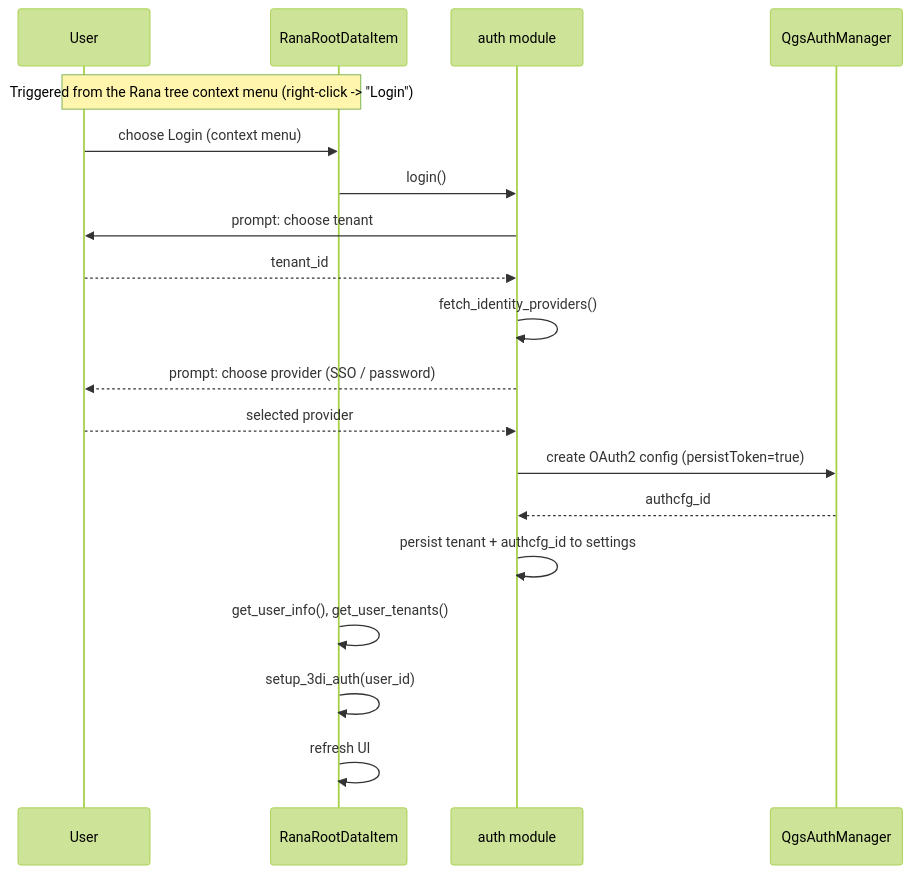
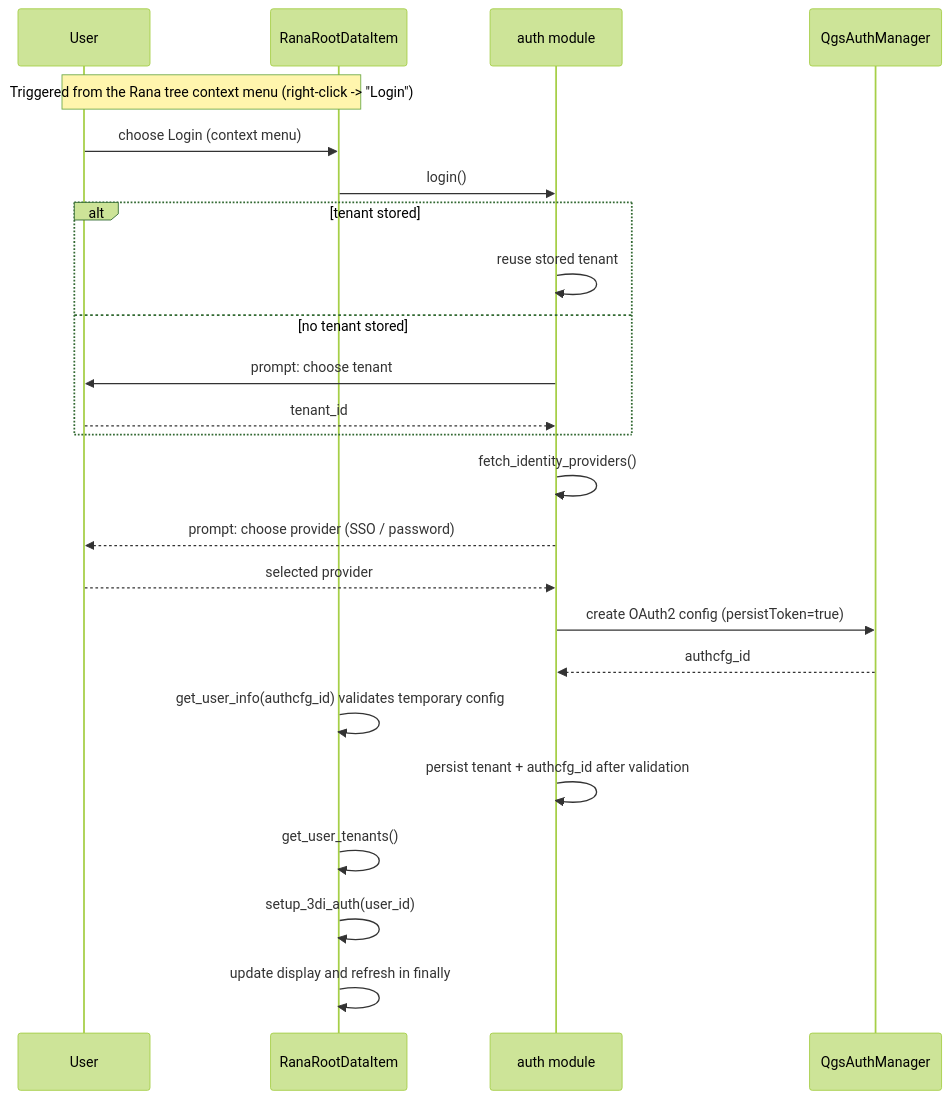
One commit to nens/rana-qgis-plugin changed the first of 3 diagrams in doc/auth_flow.md. Above: the diagram before and after it, drawn with Mermaid (forest theme). The commit also changed other lines of this file and 6 other files, not shown here.

````diff
--- a/doc/auth_flow.md
+++ b/doc/auth_flow.md
@@ -13,22 +16,27 @@
 ```mermaid
 sequenceDiagram
     participant User
     participant Browser as RanaRootDataItem
     participant Auth as auth module
     participant AuthMgr as QgsAuthManager
 
     Note over User,Browser: Triggered from the Rana tree context menu (right-click -> "Login")
     User->>Browser: choose Login (context menu)
     Browser->>Auth: login()
-    Auth->>User: prompt: choose tenant
-    User-->>Auth: tenant_id
+    alt tenant stored
+        Auth->>Auth: reuse stored tenant
+    else no tenant stored
+        Auth->>User: prompt: choose tenant
+        User-->>Auth: tenant_id
+    end
     Auth->>Auth: fetch_identity_providers()
     Auth-->>User: prompt: choose provider (SSO / password)
     User-->>Auth: selected provider
     Auth->>AuthMgr: create OAuth2 config (persistToken=true)
     AuthMgr-->>Auth: authcfg_id
-    Auth->>Auth: persist tenant + authcfg_id to settings
-    Browser->>Browser: get_user_info(), get_user_tenants()
+    Browser->>Browser: get_user_info(authcfg_id) validates temporary config
+    Auth->>Auth: persist tenant + authcfg_id after validation
+    Browser->>Browser: get_user_tenants()
     Browser->>Browser: setup_3di_auth(user_id)
-    Browser->>Browser: refresh UI
+    Browser->>Browser: update display and refresh in finally
 ```
````
